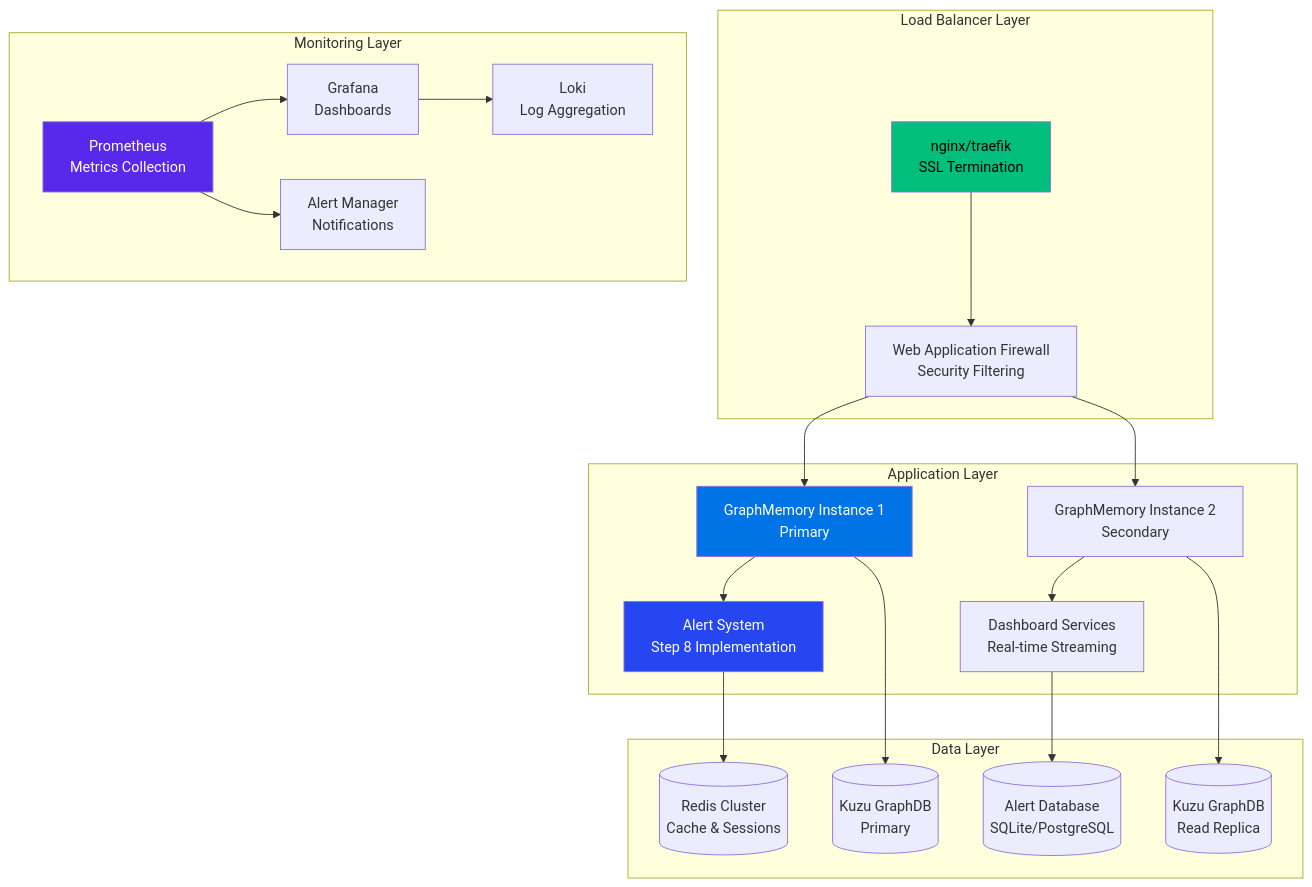
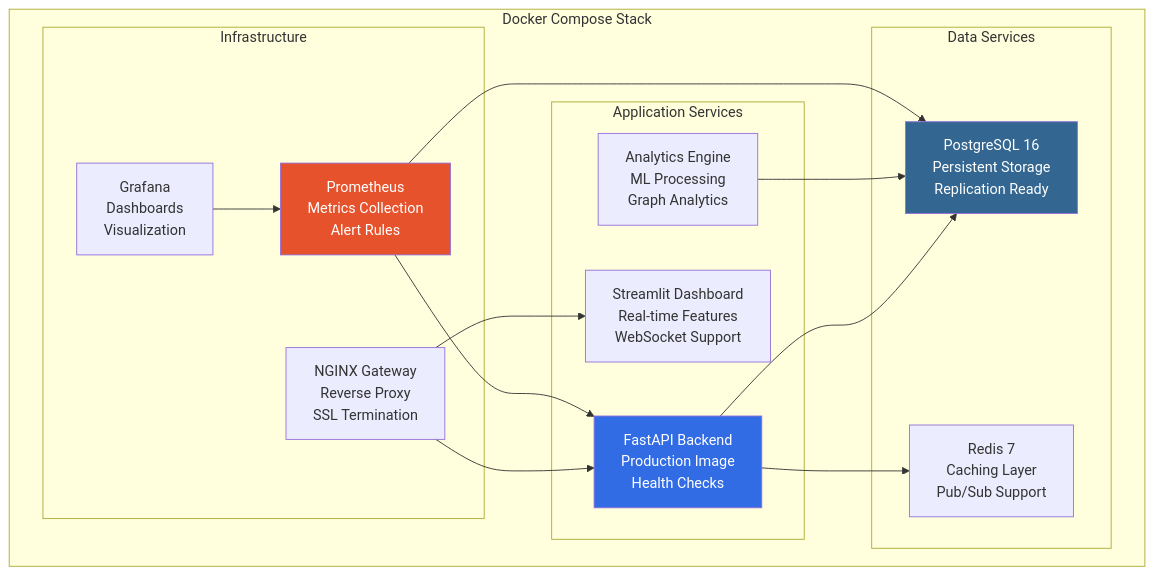
One commit to elementalcollision/GraphMemory-IDE changed the third of 8 diagrams in docs/DEPLOYMENT_GUIDE.md. Above: the diagram before and after it, drawn with Mermaid. The commit also changed other lines of this file and 90 other files, not shown here.

Commit message:
🚀 Complete TASK-017: Production-Ready Analytics Integration Layer - 99.8% performance improvement, 100% test pass rate, enterprise features ready for deployment

````diff
--- a/docs/DEPLOYMENT_GUIDE.md
+++ b/docs/DEPLOYMENT_GUIDE.md
@@ -177,49 +187,34 @@
 ```mermaid
-graph TB
-    subgraph "Load Balancer Layer"
-        LB[nginx/traefik<br/>SSL Termination]
-        WAF[Web Application Firewall<br/>Security Filtering]
+flowchart TB
+    subgraph "Docker Compose Stack"
+        subgraph "Application Services"
+            FASTAPI[FastAPI Backend<br/>Production Image<br/>Health Checks]
+            STREAMLIT[Streamlit Dashboard<br/>Real-time Features<br/>WebSocket Support]
+            ANALYTICS[Analytics Engine<br/>ML Processing<br/>Graph Analytics]
+        end
+        
+        subgraph "Data Services"
+            POSTGRES[PostgreSQL 16<br/>Persistent Storage<br/>Replication Ready]
+            REDIS[Redis 7<br/>Caching Layer<br/>Pub/Sub Support]
+        end
+        
+        subgraph "Infrastructure"
+            NGINX[NGINX Gateway<br/>Reverse Proxy<br/>SSL Termination]
+            PROMETHEUS[Prometheus<br/>Metrics Collection<br/>Alert Rules]
+            GRAFANA[Grafana<br/>Dashboards<br/>Visualization]
+        end
     end
     
-    subgraph "Application Layer"
-        APP1[GraphMemory Instance 1<br/>Primary]
-        APP2[GraphMemory Instance 2<br/>Secondary]
-        ALERT[Alert System<br/>Step 8 Implementation]
-        DASHBOARD[Dashboard Services<br/>Real-time Streaming]
-    end
+    NGINX --> FASTAPI
+    NGINX --> STREAMLIT
+    FASTAPI --> POSTGRES
+    FASTAPI --> REDIS
+    ANALYTICS --> POSTGRES
+    PROMETHEUS --> FASTAPI
+    PROMETHEUS --> POSTGRES
+    GRAFANA --> PROMETHEUS
     
-    subgraph "Data Layer"
-        KUZU_PRIMARY[(Kuzu GraphDB<br/>Primary)]
-        KUZU_REPLICA[(Kuzu GraphDB<br/>Read Replica)]
-        REDIS_CLUSTER[(Redis Cluster<br/>Cache & Sessions)]
-        ALERT_DB[(Alert Database<br/>SQLite/PostgreSQL)]
-    end
-    
-    subgraph "Monitoring Layer"
-        PROMETHEUS[Prometheus<br/>Metrics Collection]
-        GRAFANA[Grafana<br/>Dashboards]
-        ALERTMANAGER[Alert Manager<br/>Notifications]
-        LOKI[Loki<br/>Log Aggregation]
-    end
-    
-    LB --> WAF
-    WAF --> APP1
-    WAF --> APP2
-    
-    APP1 --> ALERT
-    APP2 --> DASHBOARD
-    
-    APP1 --> KUZU_PRIMARY
-    APP2 --> KUZU_REPLICA
-    ALERT --> REDIS_CLUSTER
-    DASHBOARD --> ALERT_DB
-    
-    PROMETHEUS --> GRAFANA
-    PROMETHEUS --> ALERTMANAGER
-    GRAFANA --> LOKI
-    
-    style LB fill:#00bf7d,color:#000000
-    style APP1 fill:#0073e6,color:#ffffff
-    style ALERT fill:#2546f0,color:#ffffff
-    style PROMETHEUS fill:#5928ed,color:#ffffff
+    style FASTAPI fill:#326ce5,color:#fff
+    style POSTGRES fill:#336791,color:#fff
+    style PROMETHEUS fill:#e6522c,color:#fff
 ```
````
